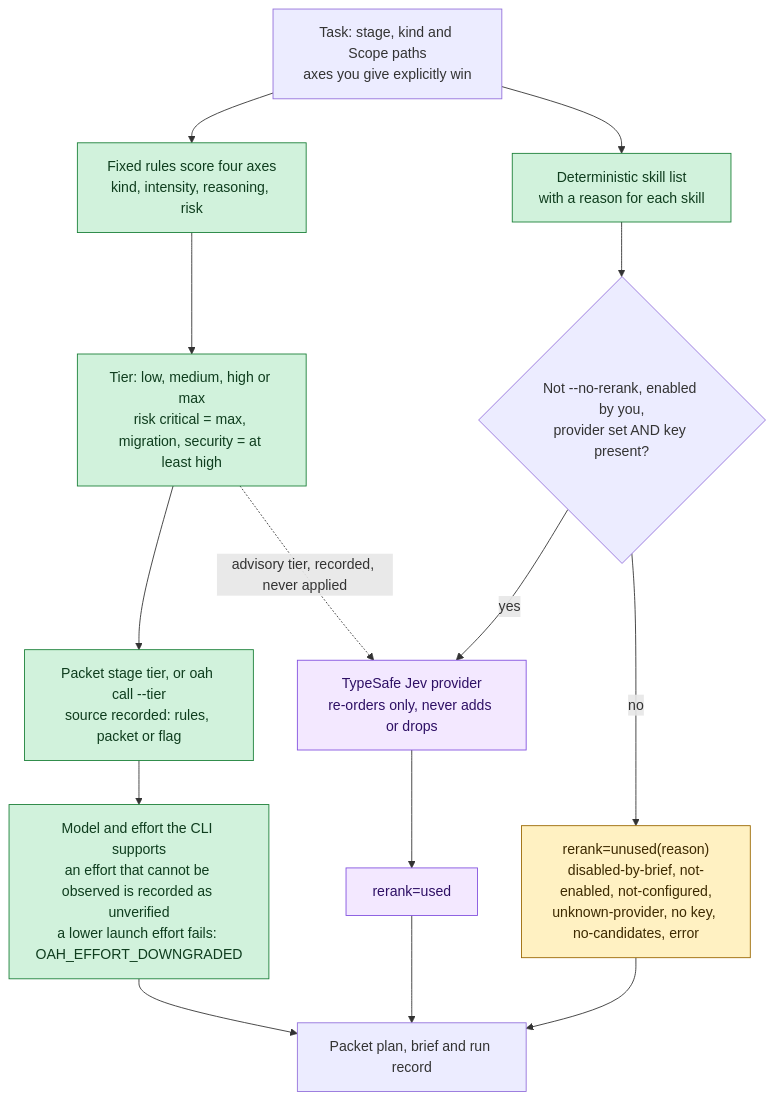
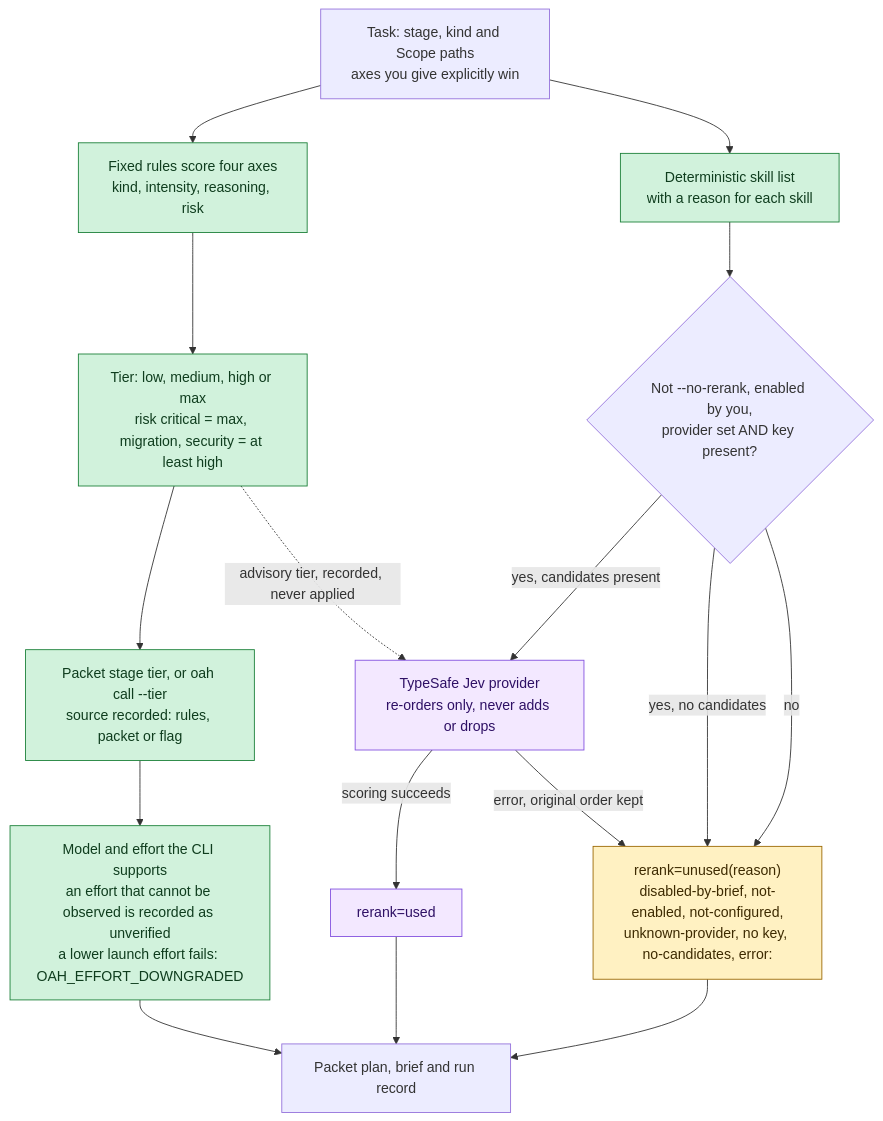
Before and after one commit to KenSuh/open-agent-harness: the third of 6 diagrams in docs/concepts.md, drawn with Mermaid. The commit also changed other lines of this file and 2 other files, not shown here.

Commit message:
docs: correct preflight, pre-push, impact refresh and re-ranker paths (review R1)
Agent-Engine: codex

````diff
--- a/docs/concepts.md
+++ b/docs/concepts.md
@@ -158,30 +158,33 @@
 ```mermaid
 flowchart TD
     task["Task: stage, kind and Scope paths<br/>axes you give explicitly win"]
     score["Fixed rules score four axes<br/>kind, intensity, reasoning, risk"]
     tier["Tier: low, medium, high or max<br/>risk critical = max, migration, security = at least high"]
     pick["Packet stage tier, or oah call --tier<br/>source recorded: rules, packet or flag"]
     model["Model and effort the CLI supports<br/>an effort that cannot be observed is recorded as unverified<br/>a lower launch effort fails: OAH_EFFORT_DOWNGRADED"]
     skills["Deterministic skill list<br/>with a reason for each skill"]
     ask{"Not --no-rerank, enabled by you,<br/>provider set AND key present?"}
     jev["TypeSafe Jev provider<br/>re-orders only, never adds or drops"]
     used["rerank=used"]
-    unused["rerank=unused(reason)<br/>disabled-by-brief, not-enabled, not-configured,<br/>unknown-provider, no key, no-candidates, error"]
+    unused["rerank=unused(reason)<br/>disabled-by-brief, not-enabled, not-configured,<br/>unknown-provider, no key, no-candidates, error:<code>"]
     brief["Packet plan, brief and run record"]
 
     task --> score --> tier --> pick --> model --> brief
     task --> skills
     skills --> ask
-    ask -->|"yes"| jev --> used
+    ask -->|"yes, candidates present"| jev
+    ask -->|"yes, no candidates"| unused
     ask -->|"no"| unused
+    jev -->|"scoring succeeds"| used
+    jev -->|"error, original order kept"| unused
     used --> brief
     unused --> brief
     tier -.->|"advisory tier, recorded, never applied"| jev
 
     classDef rule fill:#d1f2dc,stroke:#1a7f37,color:#0f3d1e
     classDef ai fill:#f3e8ff,stroke:#8250df,color:#2e1065
     classDef note fill:#fff1c2,stroke:#9a6700,color:#3d2a00
     class score,tier,pick,model,skills rule
     class jev,used ai
     class unused note
 ```
````
